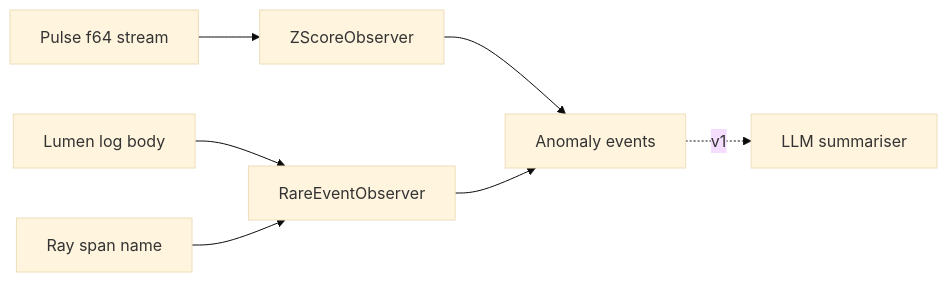
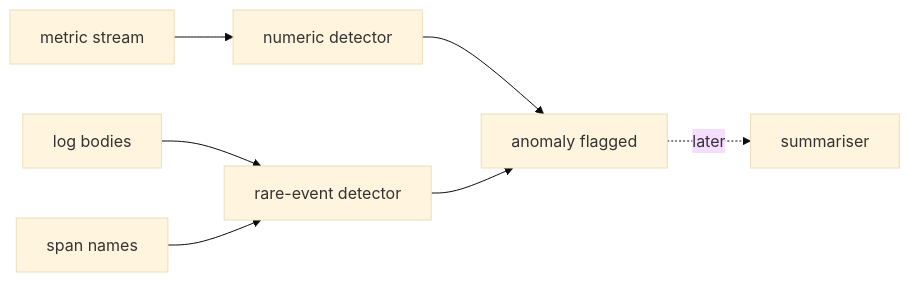
Before and after one commit to andrealaforgia/kaleidoscope-site: the diagram in src/content/docs/components/augur.md, drawn with Mermaid (base theme). The commit also changed other lines of this file and 23 other files, not shown here.

````diff
--- a/src/content/docs/components/augur.md
+++ b/src/content/docs/components/augur.md
@@ -28,9 +24,9 @@
 ```mermaid
 flowchart LR
- P[Pulse f64 stream] --> Z[ZScoreObserver]
- L[Lumen log body] --> R[RareEventObserver]
- S[Ray span name] --> R
- Z --> A[Anomaly events]
- R --> A
- A -.->|v1| LLM[LLM summariser]
+    M[metric stream] --> Z[numeric detector]
+    L[log bodies] --> R[rare-event detector]
+    S[span names] --> R
+    Z --> A[anomaly flagged]
+    R --> A
+    A -.->|later| LLM[summariser]
 ```
````
